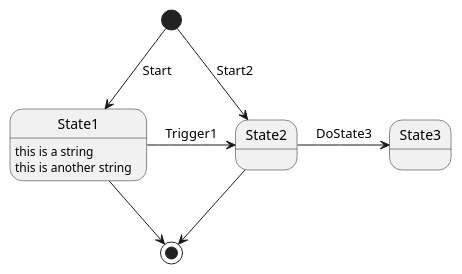
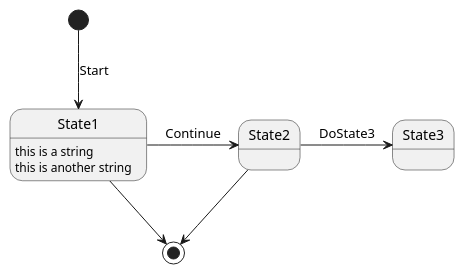
One commit to vrenken/EtAlii.Generators changed the diagram in Source/EtAlii.Generators.Stateless.Tests/SimpleExample.puml. Above: the diagram before and after it, drawn with PlantUML. The commit also changed 2 other files, not shown here.

```diff
--- a/Source/EtAlii.Generators.Stateless.Tests/SimpleExample.puml
+++ b/Source/EtAlii.Generators.Stateless.Tests/SimpleExample.puml
@@ -1,17 +1,13 @@
 @startuml
-
 'stateless namespace EtAlii.Generators.Stateless.Tests
 'stateless class SimpleExample
 'stateless generate partial
-
 [*] --> State1 : Start
-[*] --> State2 : Start2
 State1 --> [*]
 State1 : this is a string
 State1 : this is another string
-
-State1 -> State2 : Trigger1
+State1 -> State2 : Continue
 State2 --> [*]
 
 State2 -> State3 : DoState3
 @enduml
```
